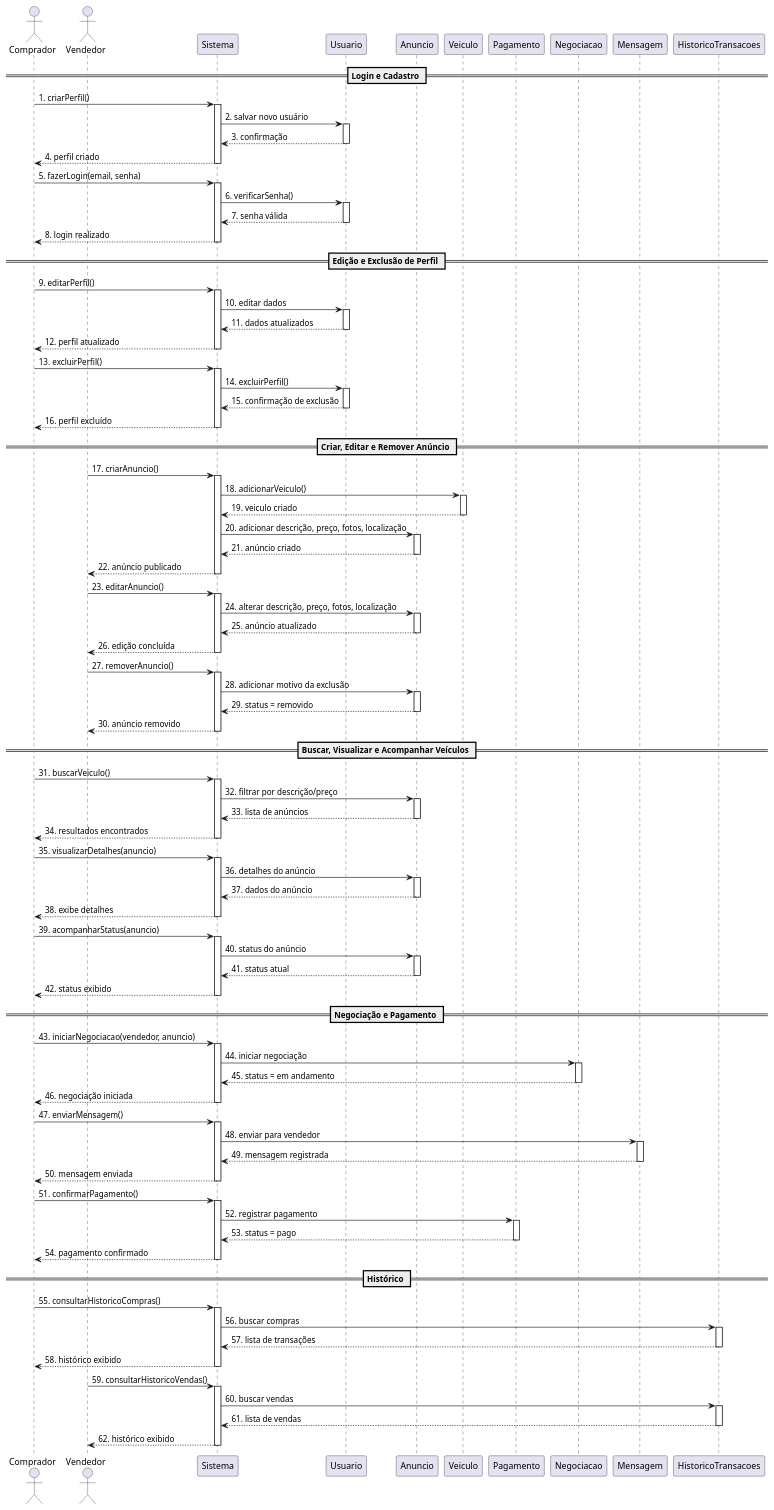
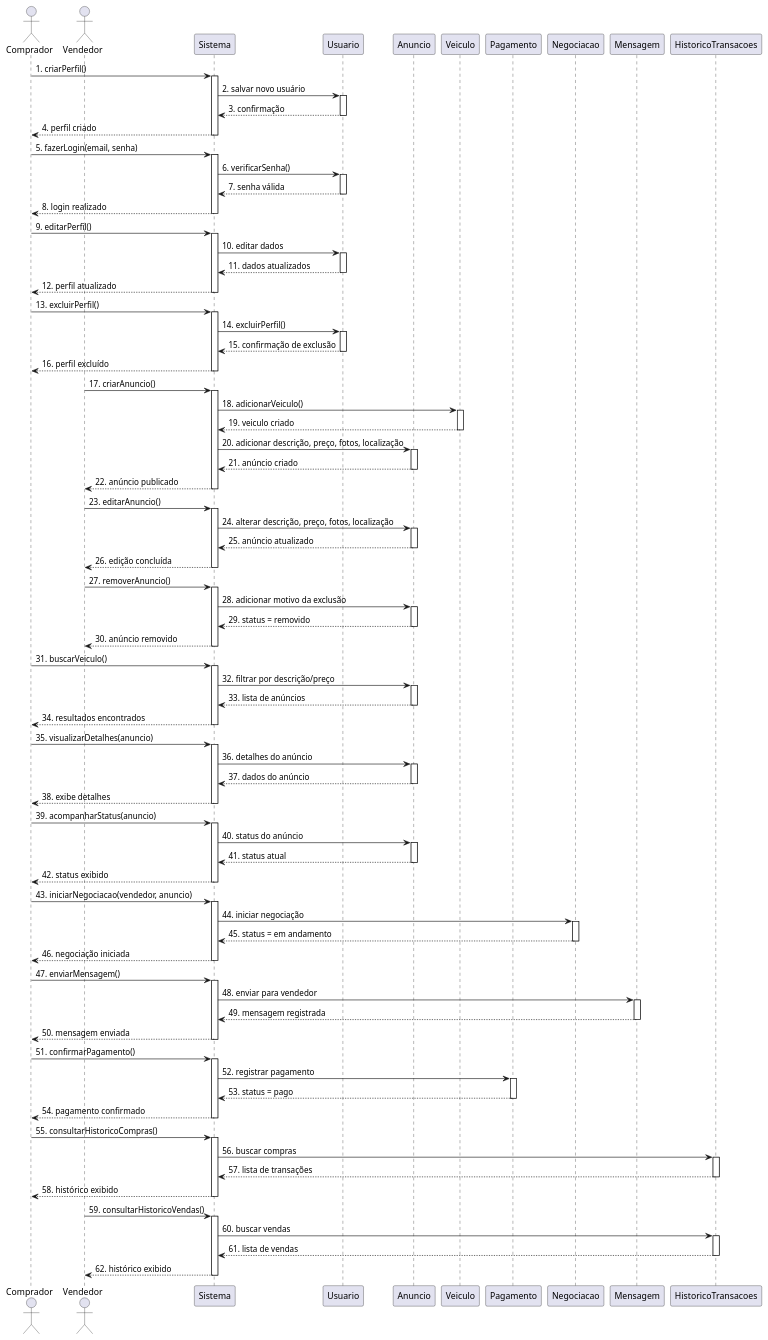
Before and after one commit to guilhermeoliveirateo/sistema-compra-venda-veiculos: the diagram in sequencia.md, drawn with PlantUML.

```diff
--- a/sequencia.md
+++ b/sequencia.md
@@ -14,7 +14,6 @@
 participant Mensagem
 participant HistoricoTransacoes
 
-== Login e Cadastro ==
 Comprador -> Sistema : 1. criarPerfil()
 activate Sistema
 Sistema -> Usuario : 2. salvar novo usuário
@@ -33,7 +32,6 @@
 Sistema --> Comprador : 8. login realizado
 deactivate Sistema
 
-== Edição e Exclusão de Perfil ==
 Comprador -> Sistema : 9. editarPerfil()
 activate Sistema
 Sistema -> Usuario : 10. editar dados
@@ -52,7 +50,6 @@
 Sistema --> Comprador : 16. perfil excluído
 deactivate Sistema
 
-== Criar, Editar e Remover Anúncio ==
 Vendedor -> Sistema : 17. criarAnuncio()
 activate Sistema
 Sistema -> Veiculo : 18. adicionarVeiculo()
@@ -84,7 +81,6 @@
 Sistema --> Vendedor : 30. anúncio removido
 deactivate Sistema
 
-== Buscar, Visualizar e Acompanhar Veículos ==
 Comprador -> Sistema : 31. buscarVeiculo()
 activate Sistema
 Sistema -> Anuncio : 32. filtrar por descrição/preço
@@ -112,7 +108,6 @@
 Sistema --> Comprador : 42. status exibido
 deactivate Sistema
 
-== Negociação e Pagamento ==
 Comprador -> Sistema : 43. iniciarNegociacao(vendedor, anuncio)
 activate Sistema
 Sistema -> Negociacao : 44. iniciar negociação
@@ -140,7 +135,6 @@
 Sistema --> Comprador : 54. pagamento confirmado
 deactivate Sistema
 
-== Histórico ==
 Comprador -> Sistema : 55. consultarHistoricoCompras()
 activate Sistema
 Sistema -> HistoricoTransacoes : 56. buscar compras
```
